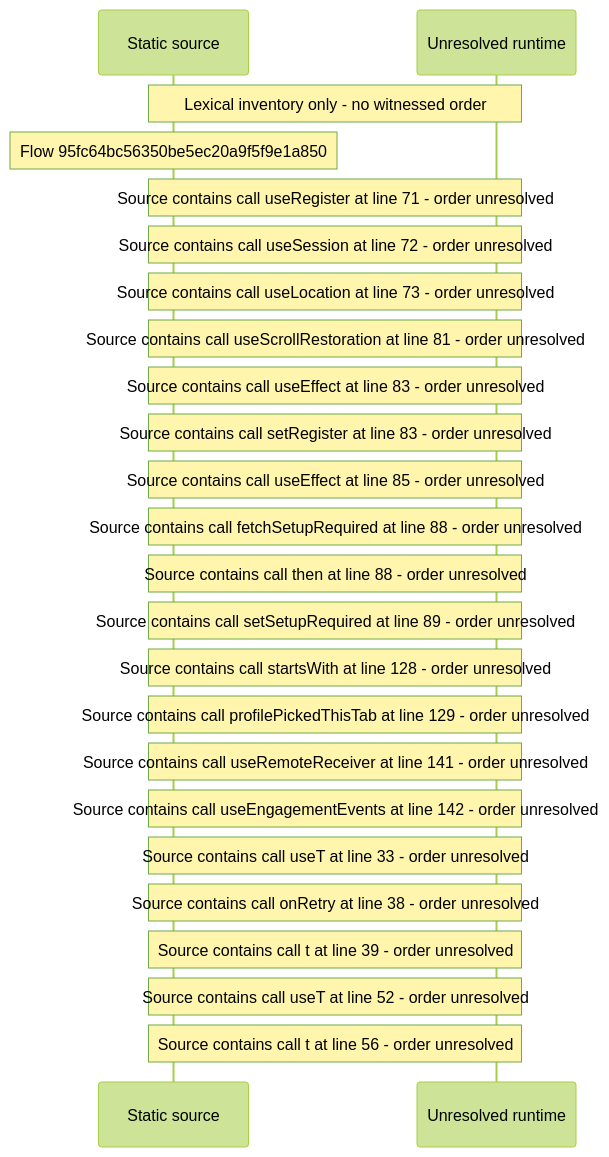
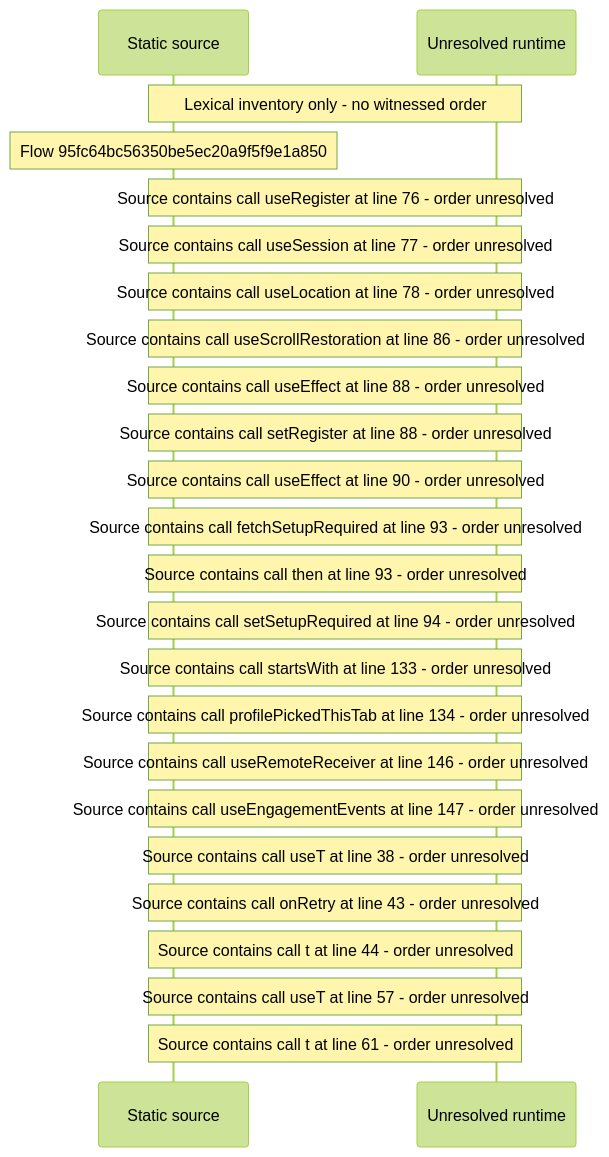
Before and after one commit to beamfall/core: the diagram in docs/web/flows/generated/95fc64bc56350be5ec20a9f5f9e1a850/flow-diagram.md, drawn with Mermaid (forest theme). The commit also changed other lines of this file and 714 other files, not shown here.

Commit message:
Regenerate the web flow record after the second main merge (CORE-1762)

````diff
--- a/docs/web/flows/generated/95fc64bc56350be5ec20a9f5f9e1a850/flow-diagram.md
+++ b/docs/web/flows/generated/95fc64bc56350be5ec20a9f5f9e1a850/flow-diagram.md
@@ -10,26 +10,26 @@
 ```mermaid
 sequenceDiagram
     participant S as Static source
     participant U as Unresolved runtime
     Note over S,U: Lexical inventory only - no witnessed order
     Note over S: Flow 95fc64bc56350be5ec20a9f5f9e1a850
-    Note over S,U: Source contains call useRegister at line 71 - order unresolved
-    Note over S,U: Source contains call useSession at line 72 - order unresolved
-    Note over S,U: Source contains call useLocation at line 73 - order unresolved
-    Note over S,U: Source contains call useScrollRestoration at line 81 - order unresolved
-    Note over S,U: Source contains call useEffect at line 83 - order unresolved
-    Note over S,U: Source contains call setRegister at line 83 - order unresolved
-    Note over S,U: Source contains call useEffect at line 85 - order unresolved
-    Note over S,U: Source contains call fetchSetupRequired at line 88 - order unresolved
-    Note over S,U: Source contains call then at line 88 - order unresolved
-    Note over S,U: Source contains call setSetupRequired at line 89 - order unresolved
-    Note over S,U: Source contains call startsWith at line 128 - order unresolved
-    Note over S,U: Source contains call profilePickedThisTab at line 129 - order unresolved
-    Note over S,U: Source contains call useRemoteReceiver at line 141 - order unresolved
-    Note over S,U: Source contains call useEngagementEvents at line 142 - order unresolved
-    Note over S,U: Source contains call useT at line 33 - order unresolved
-    Note over S,U: Source contains call onRetry at line 38 - order unresolved
-    Note over S,U: Source contains call t at line 39 - order unresolved
-    Note over S,U: Source contains call useT at line 52 - order unresolved
-    Note over S,U: Source contains call t at line 56 - order unresolved
+    Note over S,U: Source contains call useRegister at line 76 - order unresolved
+    Note over S,U: Source contains call useSession at line 77 - order unresolved
+    Note over S,U: Source contains call useLocation at line 78 - order unresolved
+    Note over S,U: Source contains call useScrollRestoration at line 86 - order unresolved
+    Note over S,U: Source contains call useEffect at line 88 - order unresolved
+    Note over S,U: Source contains call setRegister at line 88 - order unresolved
+    Note over S,U: Source contains call useEffect at line 90 - order unresolved
+    Note over S,U: Source contains call fetchSetupRequired at line 93 - order unresolved
+    Note over S,U: Source contains call then at line 93 - order unresolved
+    Note over S,U: Source contains call setSetupRequired at line 94 - order unresolved
+    Note over S,U: Source contains call startsWith at line 133 - order unresolved
+    Note over S,U: Source contains call profilePickedThisTab at line 134 - order unresolved
+    Note over S,U: Source contains call useRemoteReceiver at line 146 - order unresolved
+    Note over S,U: Source contains call useEngagementEvents at line 147 - order unresolved
+    Note over S,U: Source contains call useT at line 38 - order unresolved
+    Note over S,U: Source contains call onRetry at line 43 - order unresolved
+    Note over S,U: Source contains call t at line 44 - order unresolved
+    Note over S,U: Source contains call useT at line 57 - order unresolved
+    Note over S,U: Source contains call t at line 61 - order unresolved
 ```
````
